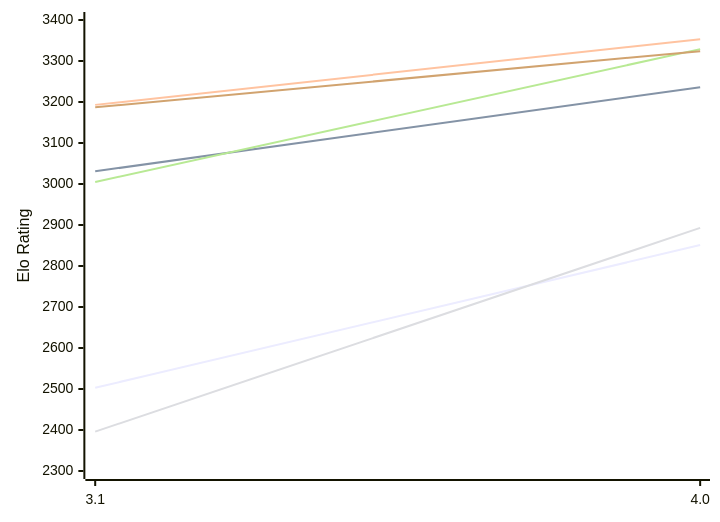
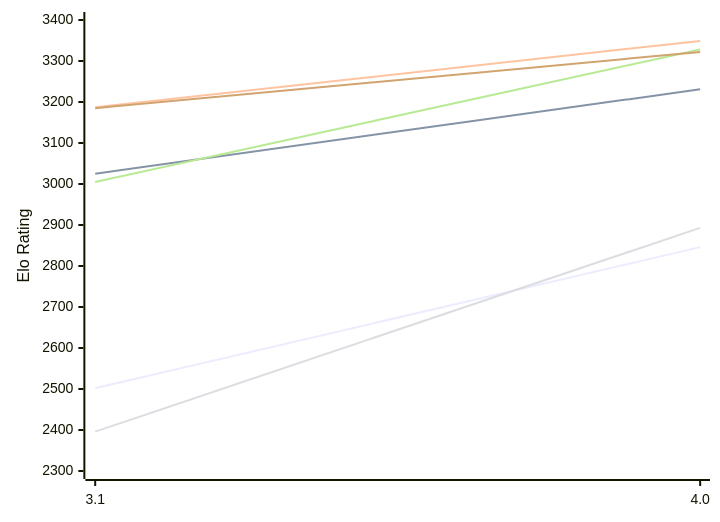
The first of 2 diagrams in engines/Sykora.md (computer-chess-index/cci), drawn with Mermaid before and after one commit. The commit also changed other lines of this file, not shown here.

Commit message:
Update CCI Ratings (ELO VLTC) - 2026-11-26

````diff
--- a/engines/Sykora.md
+++ b/engines/Sykora.md
@@ -53,12 +54,12 @@
 ```mermaid
 %%{init: {"theme":"base","themeVariables":{"seriesColors:['#a3a3a3','#222221','#faa371']}}}%%
 xychart-beta
   x-axis ["3.1", "4.0"]
   y-axis "Elo Rating" 2300 --> 3400
-  line "E1: STC (8.0+0.08s)" [2503, 2851]
-  line "E1: LTC (60.0+0.60s)" [3031, 3236]
-  line "E1: VLTC (2m24s+1.12s)" [3193, 3353]
+  line "E1: STC (8.0+0.08s)" [2502, 2846]
+  line "E1: LTC (60.0+0.60s)" [3025, 3231]
+  line "E1: VLTC (2m24s+1.12s)" [3187, 3349]
   line "P1: STC (8.0+0.08s)" [2396, 2893]
-  line "P1: LTC (60.0+0.60s)" [3005, 3329]
-  line "P1: VLTC (2m24s+1.12s)" [3187, 3324]
+  line "P1: LTC (60.0+0.60s)" [3005, 3328]
+  line "P1: VLTC (2m24s+1.12s)" [3185, 3322]
 ```
````
